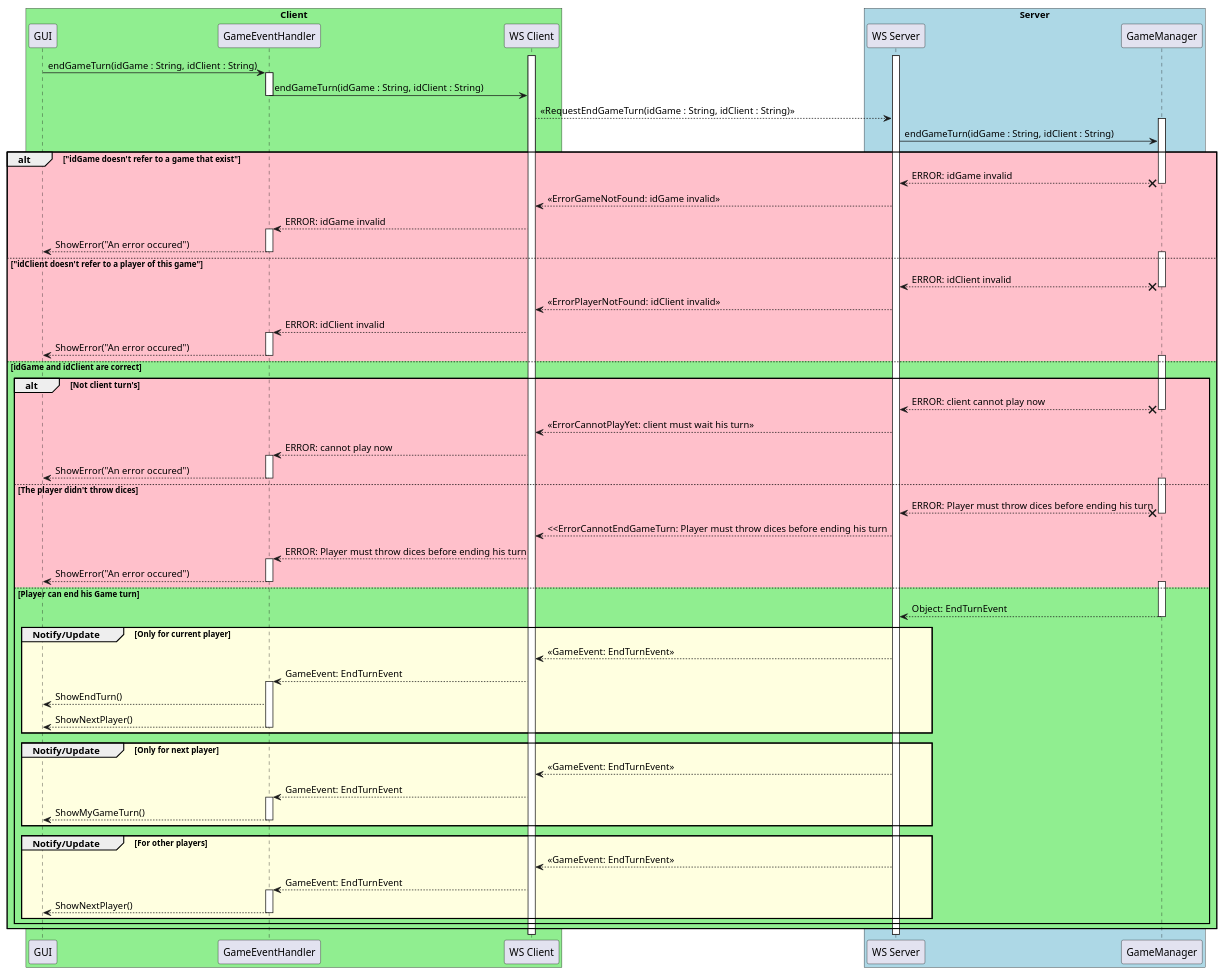
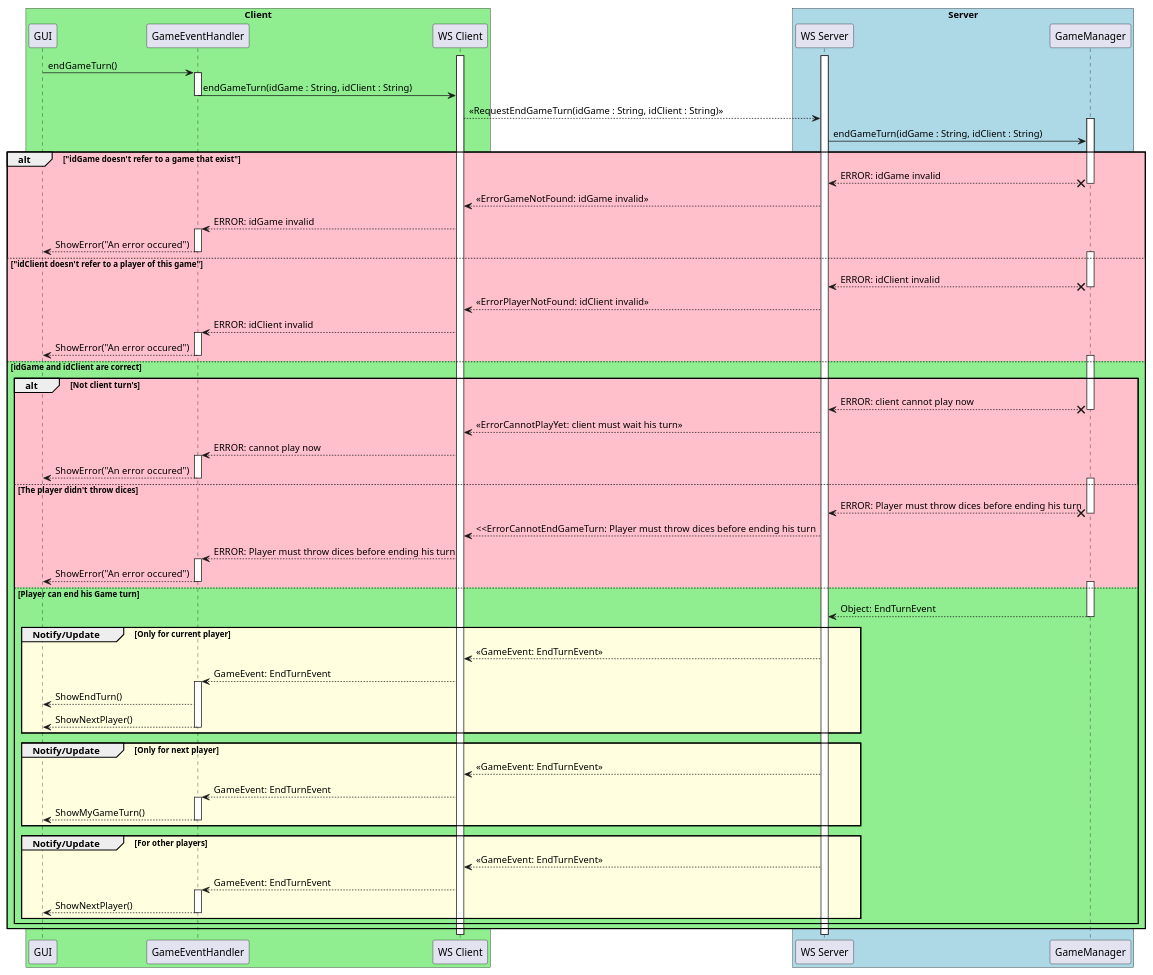
Before and after one commit to Lapin-Obez/colon_de_catane: the diagram in catan-doc/modules/composants/examples/endGameTurnSequenceDiag.plantuml, drawn with PlantUML. The commit also changed 4 other files, not shown here.

Commit message:
Fixing all diagrams by removing idGames or/and idClient from existing methods

```diff
--- a/catan-doc/modules/composants/examples/endGameTurnSequenceDiag.plantuml
+++ b/catan-doc/modules/composants/examples/endGameTurnSequenceDiag.plantuml
@@ -1,133 +1,133 @@
 @startuml
 
 
 box "Client" #LightGreen
   participant "GUI" as GUI
   participant "GameEventHandler" as GameEventHandler
   participant "WS Client" as WSClient
 end box
 
 box "Server" #LightBlue
   participant "WS Server" as WSServer
   participant "GameManager" as GameManager
 end box
 
 
 activate WSClient
 activate WSServer
 
 
-GUI -> GameEventHandler : endGameTurn(idGame : String, idClient : String)
+GUI -> GameEventHandler : endGameTurn()
 activate GameEventHandler
 
 GameEventHandler -> WSClient : endGameTurn(idGame : String, idClient : String)
 deactivate GameEventHandler
 
 WSClient --> WSServer : <<RequestEndGameTurn(idGame : String, idClient : String)>>
 
 activate GameManager
 WSServer -> GameManager : endGameTurn(idGame : String, idClient : String)
 
 
 alt #Pink "idGame doesn't refer to a game that exist"
   GameManager x--> WSServer : ERROR: idGame invalid
   deactivate GameManager
   
   WSServer --> WSClient : <<ErrorGameNotFound: idGame invalid>>
 
   WSClient --> GameEventHandler : ERROR: idGame invalid
   activate GameEventHandler
 
   GameEventHandler --> GUI : ShowError("An error occured")
   deactivate GameEventHandler
 
 
 else #Pink "idClient doesn't refer to a player of this game"
   activate GameManager
 
   GameManager x--> WSServer : ERROR: idClient invalid
   deactivate GameManager
   
   WSServer --> WSClient : <<ErrorPlayerNotFound: idClient invalid>>
 
   WSClient --> GameEventHandler : ERROR: idClient invalid
   activate GameEventHandler
 
   GameEventHandler --> GUI : ShowError("An error occured")
   deactivate GameEventHandler
 
 
 else #LightGreen idGame and idClient are correct
   
   
   alt #Pink Not client turn's
 
     activate GameManager
 
     GameManager x--> WSServer : ERROR: client cannot play now
     deactivate GameManager
     
     WSServer --> WSClient : <<ErrorCannotPlayYet: client must wait his turn>>
   
     WSClient --> GameEventHandler : ERROR: cannot play now
     activate GameEventHandler
   
     GameEventHandler --> GUI : ShowError("An error occured")
     deactivate GameEventHandler
   
     
   else #Pink The player didn't throw dices
 
     activate GameManager
 
     GameManager x--> WSServer : ERROR: Player must throw dices before ending his turn
     deactivate GameManager
     
     WSServer --> WSClient : <<ErrorCannotEndGameTurn: Player must throw dices before ending his turn
   
     WSClient --> GameEventHandler : ERROR: Player must throw dices before ending his turn
     activate GameEventHandler
   
     GameEventHandler --> GUI : ShowError("An error occured")
     deactivate GameEventHandler
     
     
   else #LightGreen Player can end his Game turn
     
     activate GameManager
 
     GameManager --> WSServer : Object: EndTurnEvent
     deactivate GameManager
     
     
     group #LightYellow Notify/Update [Only for current player]
       WSServer --> WSClient : <<GameEvent: EndTurnEvent>>
       WSClient --> GameEventHandler : GameEvent: EndTurnEvent
       activate GameEventHandler
   
       GameEventHandler --> GUI : ShowEndTurn()
       GameEventHandler --> GUI : ShowNextPlayer()
       deactivate GameEventHandler
     end
     
     group #LightYellow Notify/Update [Only for next player]
       WSServer --> WSClient : <<GameEvent: EndTurnEvent>>
       WSClient --> GameEventHandler : GameEvent: EndTurnEvent
       activate GameEventHandler
   
       GameEventHandler --> GUI : ShowMyGameTurn()
       deactivate GameEventHandler
     end
     
     group #LightYellow Notify/Update [For other players]
       WSServer --> WSClient : <<GameEvent: EndTurnEvent>>
       WSClient --> GameEventHandler : GameEvent: EndTurnEvent
       activate GameEventHandler
   
       GameEventHandler --> GUI : ShowNextPlayer()
       deactivate GameEventHandler
     end
   end
 end
 
 @enduml
```
